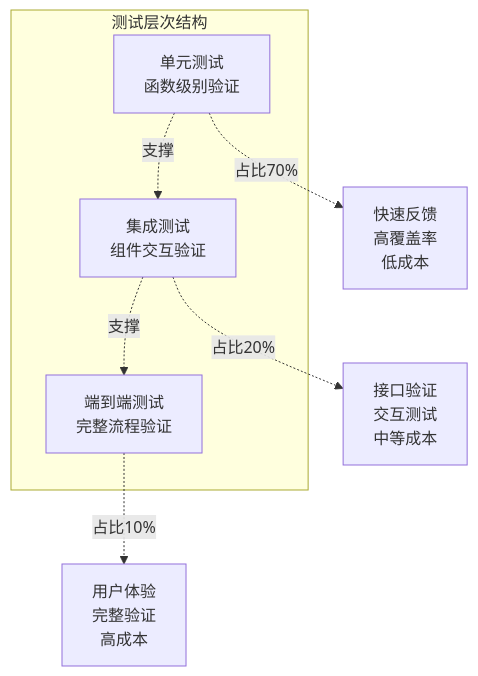
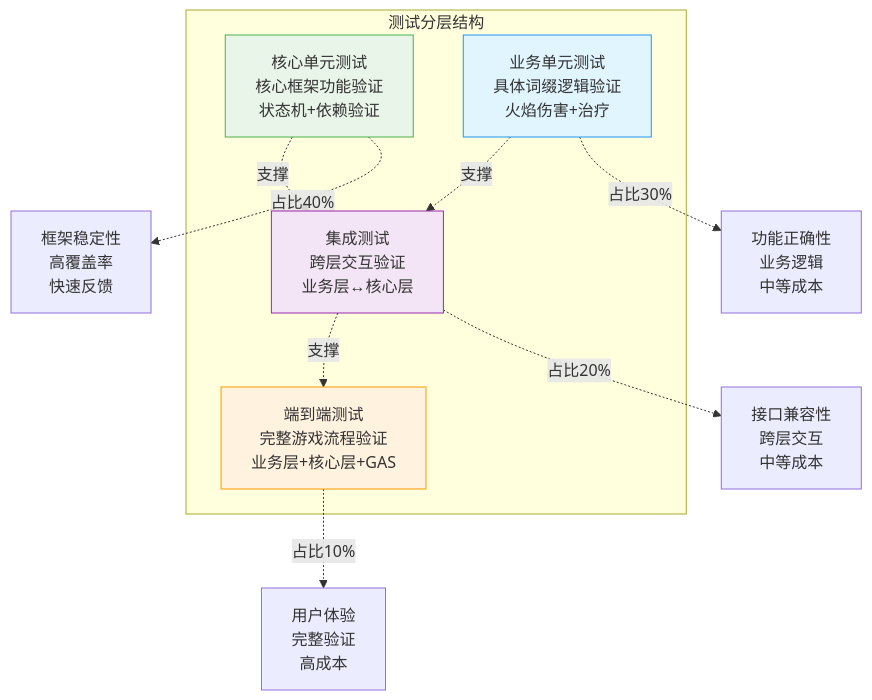
Before and after one commit to ZiJinZiMing/SagaStats: diagram 18 of 19 in docs/SagaAffix词缀系统程序设计文档.md, drawn with Mermaid. The commit also changed other lines of this file and 7 other files, not shown here.

````diff
--- a/docs/SagaAffix词缀系统程序设计文档.md
+++ b/docs/SagaAffix词缀系统程序设计文档.md
@@ -930,15 +1266,29 @@
 ```mermaid
 graph TD
-    subgraph "测试层次结构"
-        E2E[端到端测试<br/>完整流程验证]
-        Integration[集成测试<br/>组件交互验证]
-        Unit[单元测试<br/>函数级别验证]
+    subgraph "测试分层结构"
+        E2E["端到端测试<br/>完整游戏流程验证<br/>业务层+核心层+GAS"]
+        Integration["集成测试<br/>跨层交互验证<br/>业务层↔核心层"]
+        CoreUnit["核心单元测试<br/>核心框架功能验证<br/>状态机+依赖验证"]
+        BusinessUnit["业务单元测试<br/>具体词缀逻辑验证<br/>火焰伤害+治疗"]
     end
     
-    Unit -.->|支撑| Integration
+    BusinessUnit -.->|支撑| Integration
+    CoreUnit -.->|支撑| Integration
     Integration -.->|支撑| E2E
     
-    Unit -.->|占比70%| UnitDesc[快速反馈<br/>高覆盖率<br/>低成本]
-    Integration -.->|占比20%| IntDesc[接口验证<br/>交互测试<br/>中等成本]
-    E2E -.->|占比10%| E2EDesc[用户体验<br/>完整验证<br/>高成本]
+    CoreUnit -.->|占比40%| CoreDesc["框架稳定性<br/>高覆盖率<br/>快速反馈"]
+    BusinessUnit -.->|占比30%| BusinessDesc["功能正确性<br/>业务逻辑<br/>中等成本"]
+    Integration -.->|占比20%| IntDesc["接口兼容性<br/>跨层交互<br/>中等成本"]
+    E2E -.->|占比10%| E2EDesc["用户体验<br/>完整验证<br/>高成本"]
+    
+    %% 样式
+    classDef coreTest fill:#e8f5e8,stroke:#4caf50
+    classDef businessTest fill:#e1f5fe,stroke:#2196f3
+    classDef integrationTest fill:#f3e5f5,stroke:#9c27b0
+    classDef e2eTest fill:#fff3e0,stroke:#ff9800
+    
+    class CoreUnit coreTest
+    class BusinessUnit businessTest
+    class Integration integrationTest
+    class E2E e2eTest
 ```
````
